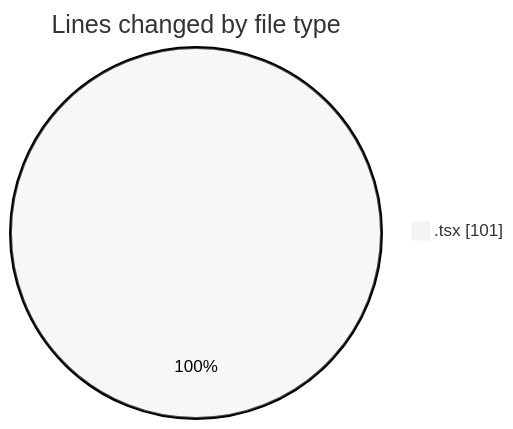
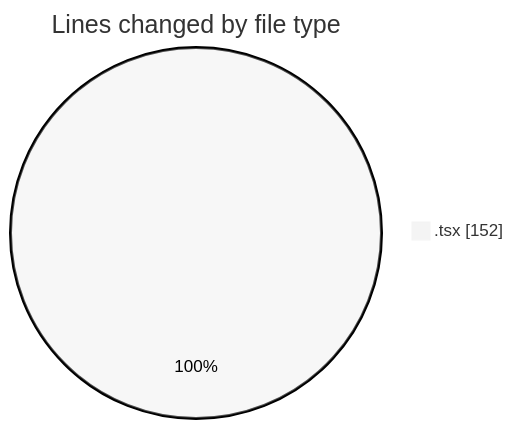
One commit to momahboobian/code-tracking changed the first of 2 diagrams in 2026-04-10/cda/README.md. Above: the diagram before and after it, drawn with Mermaid (neutral theme). The commit also changed other lines of this file and 1 other file, not shown here.

````diff
--- a/2026-04-10/cda/README.md
+++ b/2026-04-10/cda/README.md
@@ -20,5 +20,5 @@
 ```mermaid
 pie showData
 title Lines changed by file type
-".tsx" : 101
+".tsx" : 152
 ```
````
